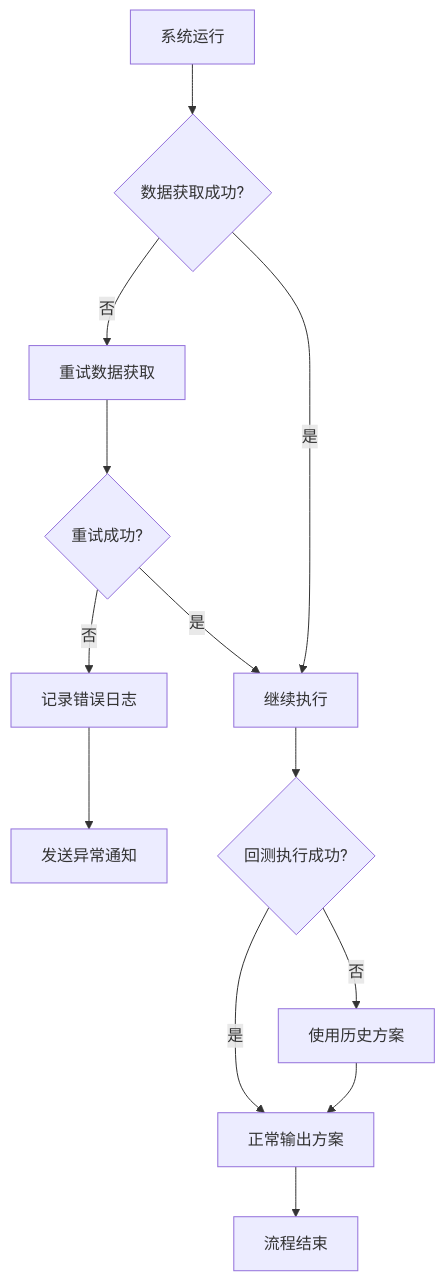
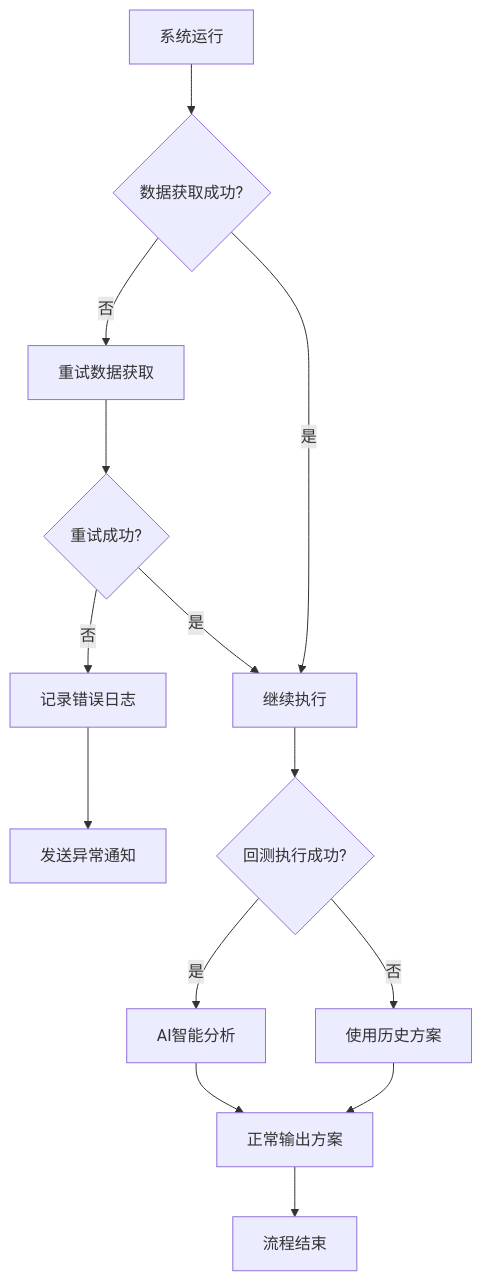
Before and after one commit to Casper-Mars/trading: the seventh of 7 diagrams in .trae/documents/quantitative_system_prd.md, drawn with Mermaid. The commit also changed other lines of this file, not shown here.

````diff
--- a/.trae/documents/quantitative_system_prd.md
+++ b/.trae/documents/quantitative_system_prd.md
@@ -602,15 +586,16 @@
 ```mermaid
 flowchart TD
     A[系统运行] --> B{数据获取成功?}
     B -->|否| C[重试数据获取]
     C --> D{重试成功?}
     D -->|否| E[记录错误日志]
     E --> F[发送异常通知]
     D -->|是| G[继续执行]
     B -->|是| G
     G --> H{回测执行成功?}
     H -->|否| I[使用历史方案]
-    H -->|是| J[正常输出方案]
-    I --> J
-    J --> K[流程结束]
+    H -->|是| J[AI智能分析]
+    J --> K[正常输出方案]
+    I --> K
+    K --> L[流程结束]
 ```
````
